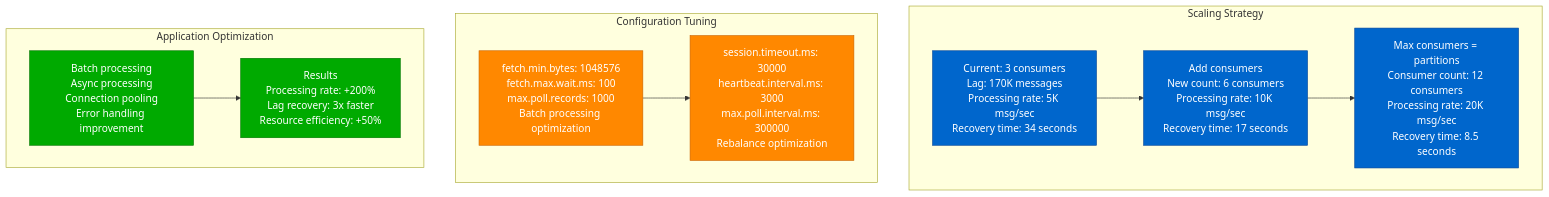
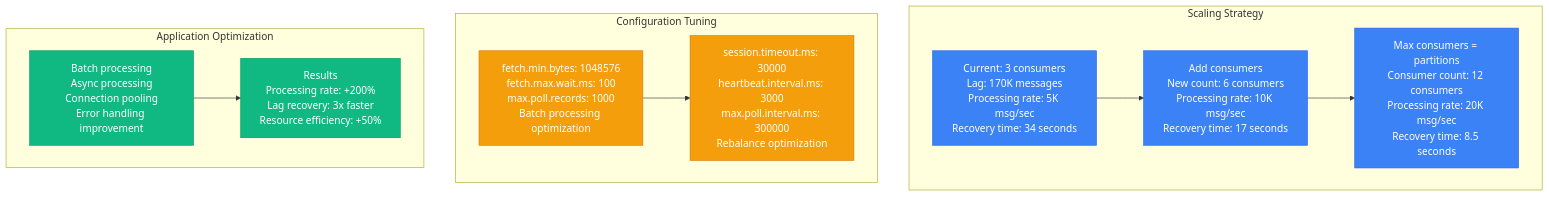
The seventh of 13 diagrams in site/docs/performance/kafka-performance-profile.md (deepaucksharma/DS), drawn with Mermaid before and after one commit. The commit also changed other lines of this file and 303 other files, not shown here.

````diff
--- a/site/docs/performance/kafka-performance-profile.md
+++ b/site/docs/performance/kafka-performance-profile.md
@@ -251,36 +251,36 @@
 ```mermaid
 graph TB
     subgraph "Scaling Strategy"
         SCALE1[Current: 3 consumers<br/>Lag: 170K messages<br/>Processing rate: 5K msg/sec<br/>Recovery time: 34 seconds]
 
         SCALE2[Add consumers<br/>New count: 6 consumers<br/>Processing rate: 10K msg/sec<br/>Recovery time: 17 seconds]
 
         SCALE3[Max consumers = partitions<br/>Consumer count: 12 consumers<br/>Processing rate: 20K msg/sec<br/>Recovery time: 8.5 seconds]
 
         SCALE1 --> SCALE2 --> SCALE3
     end
 
     subgraph "Configuration Tuning"
         TUNE1[fetch.min.bytes: 1048576<br/>fetch.max.wait.ms: 100<br/>max.poll.records: 1000<br/>Batch processing optimization]
 
         TUNE2[session.timeout.ms: 30000<br/>heartbeat.interval.ms: 3000<br/>max.poll.interval.ms: 300000<br/>Rebalance optimization]
 
         TUNE1 --> TUNE2
     end
 
     subgraph "Application Optimization"
         APP1[Batch processing<br/>Async processing<br/>Connection pooling<br/>Error handling improvement]
 
         APP2[Results<br/>Processing rate: +200%<br/>Lag recovery: 3x faster<br/>Resource efficiency: +50%]
 
         APP1 --> APP2
     end
 
-    classDef scaleStyle fill:#0066CC,stroke:#004499,color:#fff
-    classDef tuneStyle fill:#FF8800,stroke:#CC6600,color:#fff
-    classDef appStyle fill:#00AA00,stroke:#007700,color:#fff
+    classDef scaleStyle fill:#3B82F6,stroke:#2563EB,color:#fff
+    classDef tuneStyle fill:#F59E0B,stroke:#D97706,color:#fff
+    classDef appStyle fill:#10B981,stroke:#059669,color:#fff
 
     class SCALE1,SCALE2,SCALE3 scaleStyle
     class TUNE1,TUNE2 tuneStyle
     class APP1,APP2 appStyle
 ```
````
